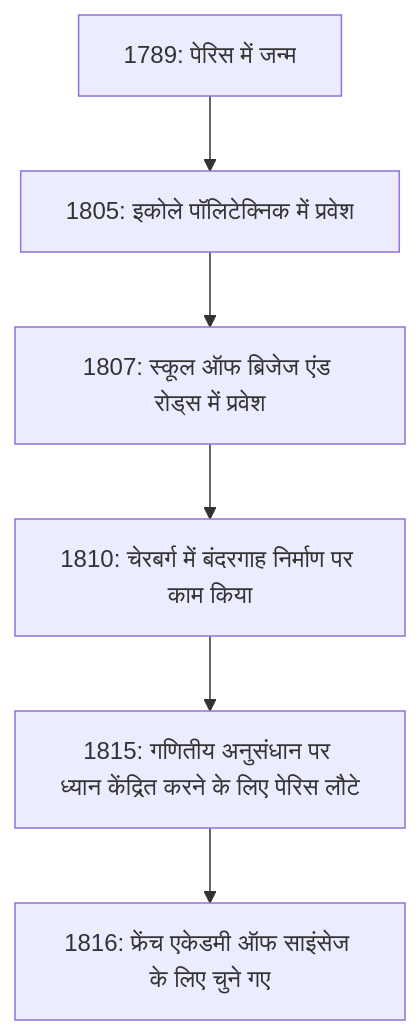
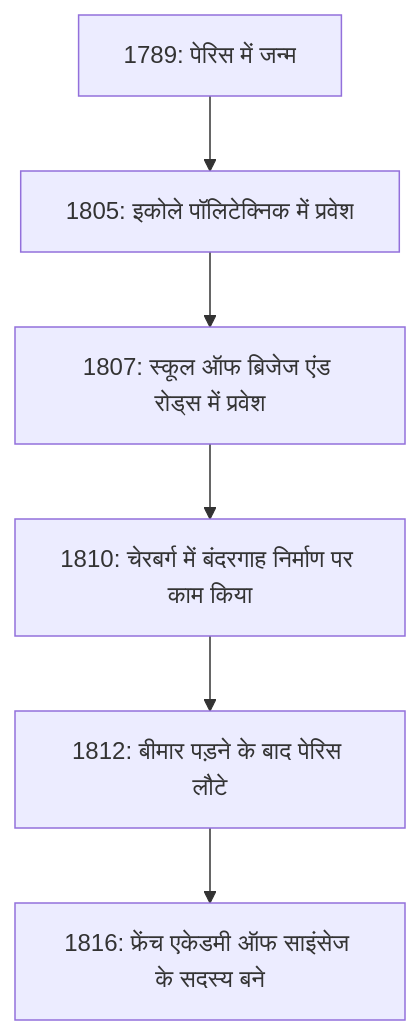
The diagram in content/post/cauchy/index.hi.md (kenjinote/blog), drawn with Mermaid before and after one commit. The commit also changed other lines of this file and 14 other files, not shown here.

````diff
--- a/content/post/cauchy/index.hi.md
+++ b/content/post/cauchy/index.hi.md
@@ -30,8 +30,8 @@
 ```mermaid
 flowchart TD
     A["1789: पेरिस में जन्म"] --> B["1805: इकोले पॉलिटेक्निक में प्रवेश"]
     B --> C["1807: स्कूल ऑफ ब्रिजेज एंड रोड्स में प्रवेश"]
     C --> D["1810: चेरबर्ग में बंदरगाह निर्माण पर काम किया"]
-    D --> E["1815: गणितीय अनुसंधान पर ध्यान केंद्रित करने के लिए पेरिस लौटे"]
-    E --> F["1816: फ्रेंच एकेडमी ऑफ साइंसेज के लिए चुने गए"]
+    D --> E["1812: बीमार पड़ने के बाद पेरिस लौटे"]
+    E --> F["1816: फ्रेंच एकेडमी ऑफ साइंसेज के सदस्य बने"]
 ```
````
